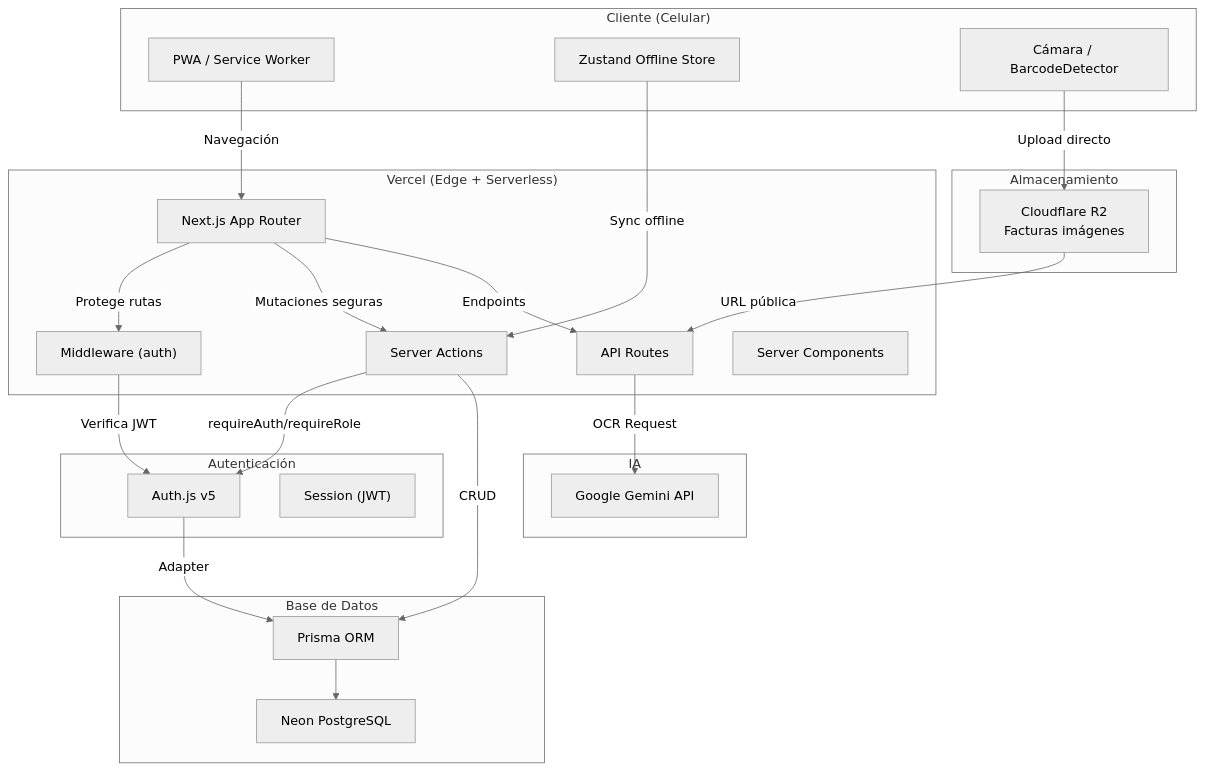
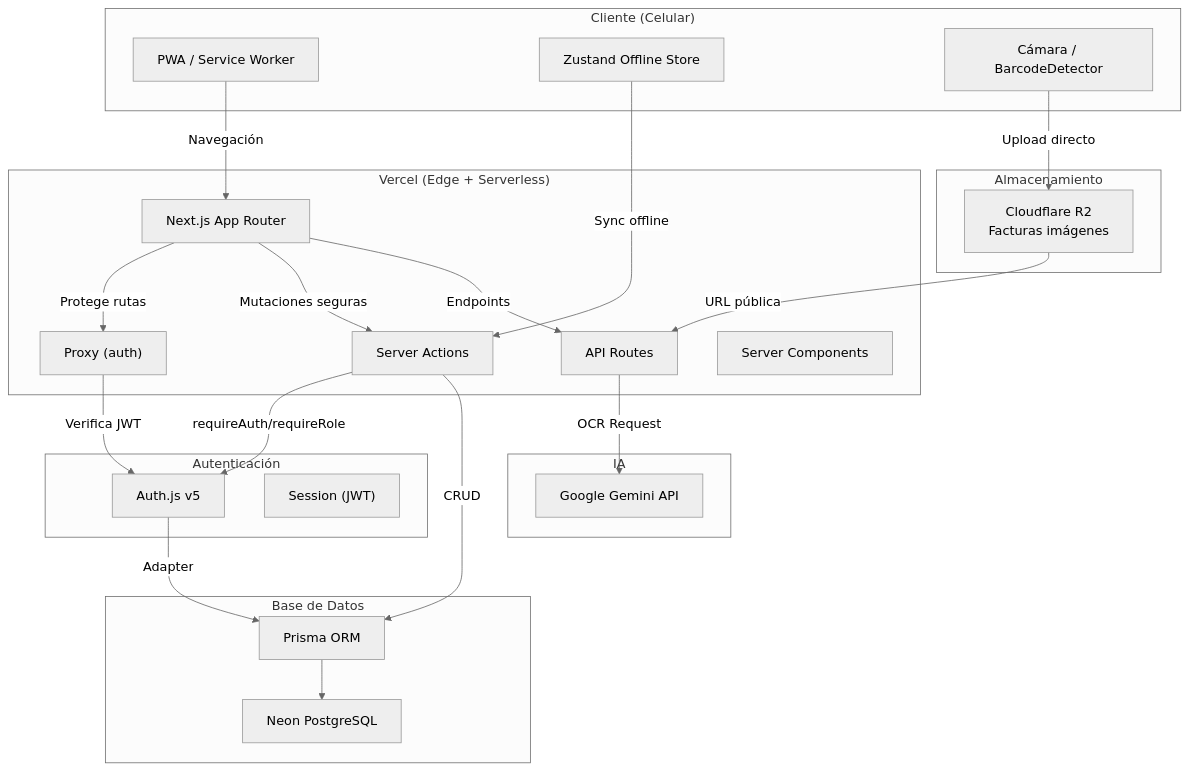
One commit to pcrisho/caja-rus changed the first of 2 diagrams in docs/03-architecture.md. Above: the diagram before and after it, drawn with Mermaid (neutral theme). The commit also changed other lines of this file and 26 other files, not shown here.

````diff
--- a/docs/03-architecture.md
+++ b/docs/03-architecture.md
@@ -5,48 +5,48 @@
 ```mermaid
 graph TB
     subgraph Client["Cliente (Celular)"]
         PWA["PWA / Service Worker"]
         ZUSTAND["Zustand Offline Store"]
         CAMARA["Cámara / BarcodeDetector"]
     end
 
     subgraph Vercel["Vercel (Edge + Serverless)"]
         Next["Next.js App Router"]
-        MW["Middleware (auth)"]
+        MW["Proxy (auth)"]
         SA["Server Actions"]
         API["API Routes"]
         SC["Server Components"]
     end
 
     subgraph Auth["Autenticación"]
         AUTHJS["Auth.js v5"]
         SESSION["Session (JWT)"]
     end
 
     subgraph Storage["Almacenamiento"]
         R2["Cloudflare R2<br/>Facturas imágenes"]
     end
 
     subgraph DB["Base de Datos"]
         NEON["Neon PostgreSQL"]
         PRISMA["Prisma ORM"]
     end
 
     subgraph AI["IA"]
         GEMINI["Google Gemini API"]
     end
 
     PWA -->|"Navegación"| Next
     Next -->|"Protege rutas"| MW
     MW -->|"Verifica JWT"| AUTHJS
     Next -->|"Mutaciones seguras"| SA
     Next -->|"Endpoints"| API
     SA -->|"requireAuth/requireRole"| AUTHJS
     SA -->|"CRUD"| PRISMA
     API -->|"OCR Request"| GEMINI
     CAMARA -->|"Upload directo"| R2
     R2 -->|"URL pública"| API
     PRISMA --> NEON
     AUTHJS -->|"Adapter"| PRISMA
     ZUSTAND -->|"Sync offline"| SA
 ```
````
